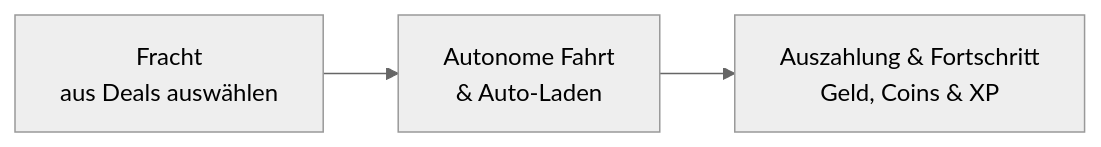
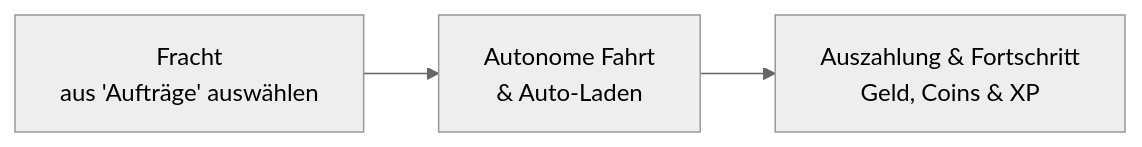
Before and after one commit to hbrns/voltfracht-wiki: the diagram in docs/de/getting-started/overview.md, drawn with Mermaid (neutral theme). The commit also changed other lines of this file and 14 other files, not shown here.

````diff
--- a/docs/de/getting-started/overview.md
+++ b/docs/de/getting-started/overview.md
@@ -87,8 +88,8 @@
 ```mermaid
 flowchart LR
-    A["Fracht<br/>aus Deals auswählen"]
+    A["Fracht<br/>aus 'Aufträge' auswählen"]
     B["Autonome Fahrt<br/>& Auto-Laden"]
     C["Auszahlung & Fortschritt<br/>Geld, Coins & XP"]
 
     A --> B --> C
 ```
````
